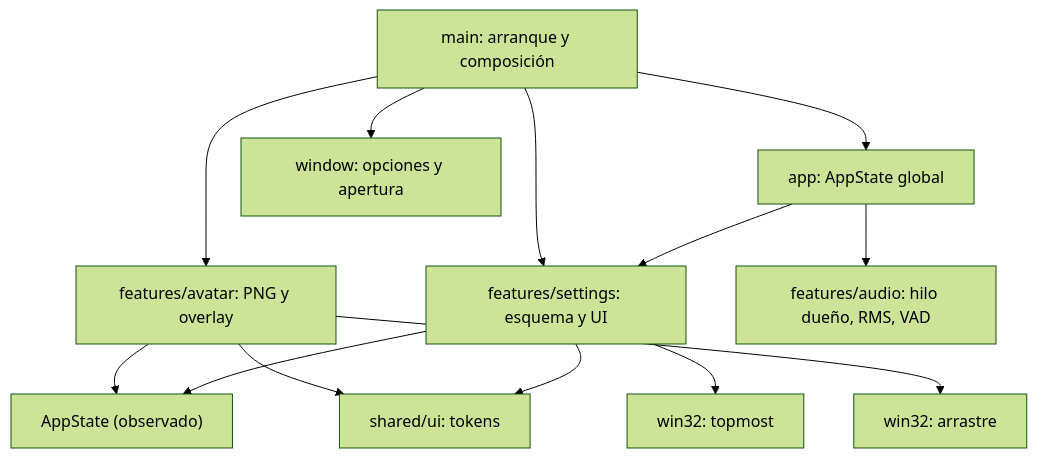
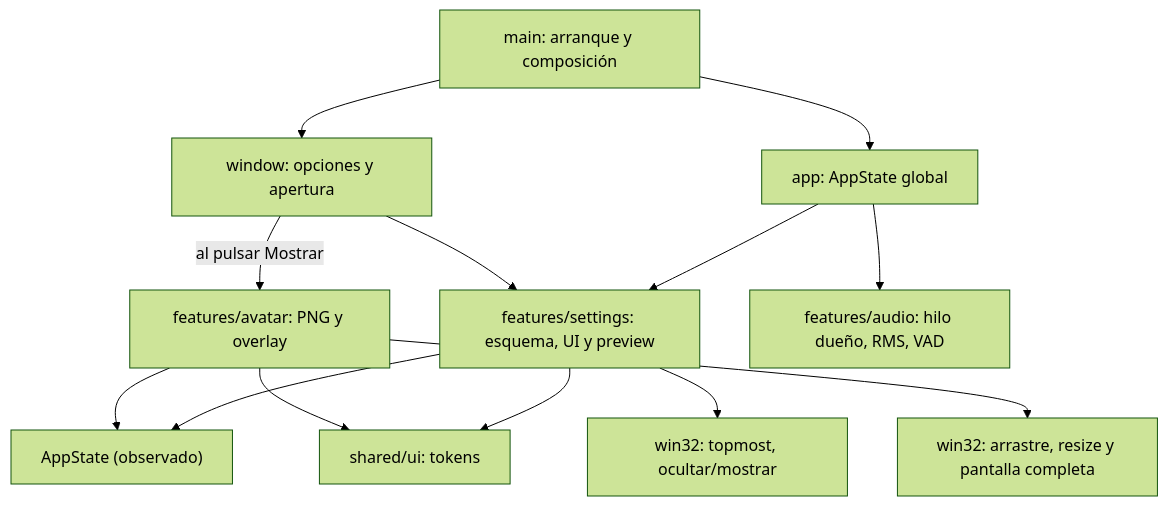
One commit to roldyoran/gpui-hola-mundo changed the first of 2 diagrams in docs/architecture.md. Above: the diagram before and after it, drawn with Mermaid (forest theme). The commit also changed other lines of this file and 12 other files, not shown here.

First line of the commit message:
feat(startup): preview lateral y overlay bajo demanda

````diff
--- a/docs/architecture.md
+++ b/docs/architecture.md
@@ -9,16 +9,16 @@
 ```mermaid
 flowchart TD
-    Main["main: arranque y composición"] --> App["app: AppState global"]
-    Main --> Window["window: opciones y apertura"]
-    Main --> Avatar["features/avatar: PNG y overlay"]
-    Main --> Settings["features/settings: esquema y UI"]
+    Main["main: arranque y composición"] --> Window["window: opciones y apertura"]
+    Main --> App["app: AppState global"]
+    Window --> Settings["features/settings: esquema, UI y preview"]
+    Window -->|"al pulsar Mostrar"| Avatar["features/avatar: PNG y overlay"]
 
     App --> Audio["features/audio: hilo dueño, RMS, VAD"]
     App --> Settings
     Avatar --> State["AppState (observado)"]
     Settings --> State
     Avatar --> UI["shared/ui: tokens"]
     Settings --> UI
-    Settings --> Native["win32: topmost"]
-    Avatar --> Native2["win32: arrastre"]
+    Settings --> Native["win32: topmost, ocultar/mostrar"]
+    Avatar --> Native2["win32: arrastre, resize y pantalla completa"]
 ```
````
